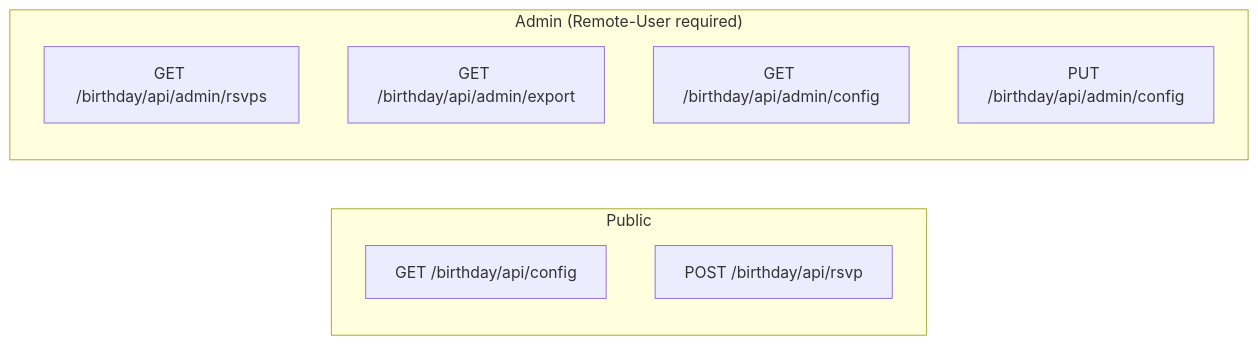
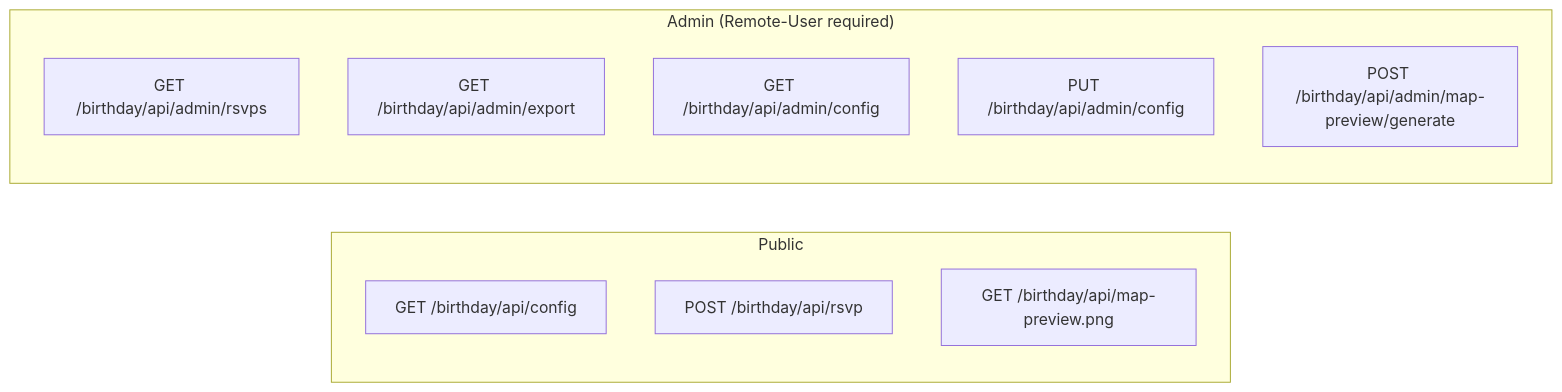
Before and after one commit to kiskaadee/bdinvite: the second of 2 diagrams in specs/backend.md, drawn with Mermaid. The commit also changed other lines of this file and 11 other files, not shown here.

First line of the commit message:
feat(map): autogenerate static map preview from Google Maps URL

````diff
--- a/specs/backend.md
+++ b/specs/backend.md
@@ -129,13 +129,15 @@
 ```mermaid
 flowchart LR
     subgraph Public
         A["GET /birthday/api/config"]
         B["POST /birthday/api/rsvp"]
+        G["GET /birthday/api/map-preview.png"]
     end
     subgraph Admin["Admin (Remote-User required)"]
         C["GET /birthday/api/admin/rsvps"]
         D["GET /birthday/api/admin/export"]
         E["GET /birthday/api/admin/config"]
         F["PUT /birthday/api/admin/config"]
+        H["POST /birthday/api/admin/map-preview/generate"]
     end
 ```
````
